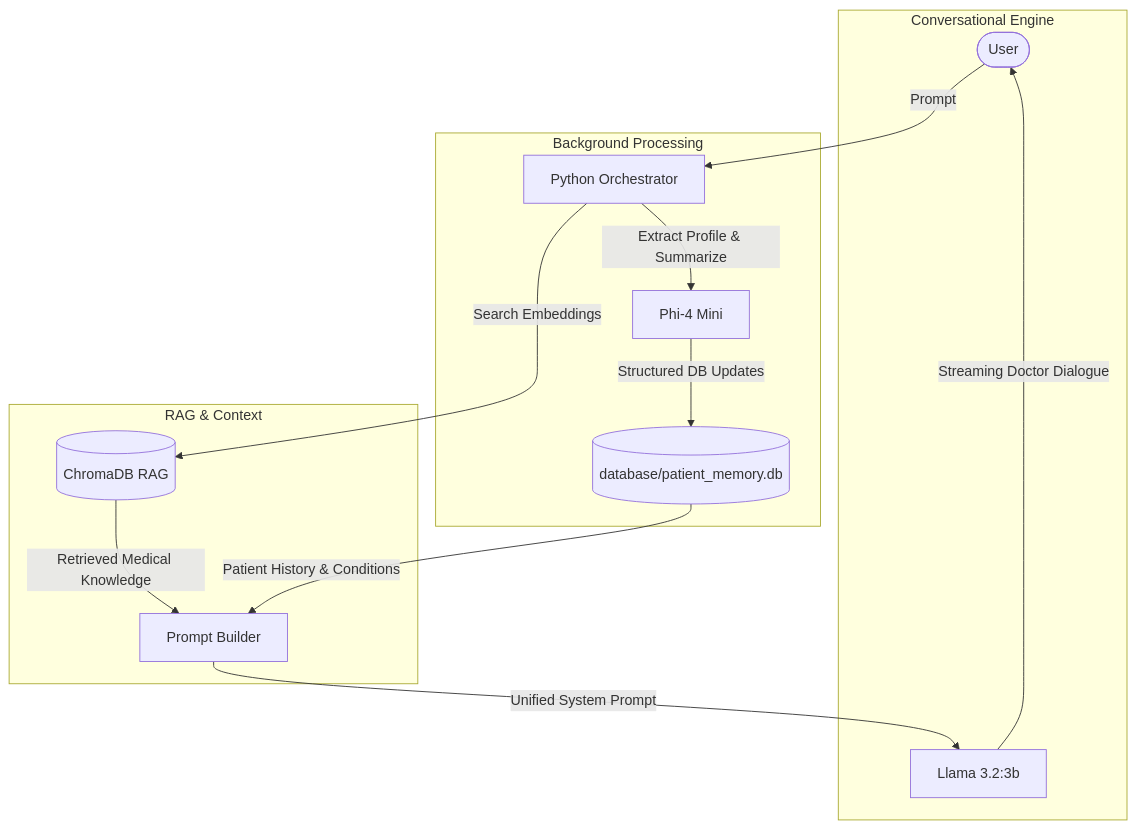
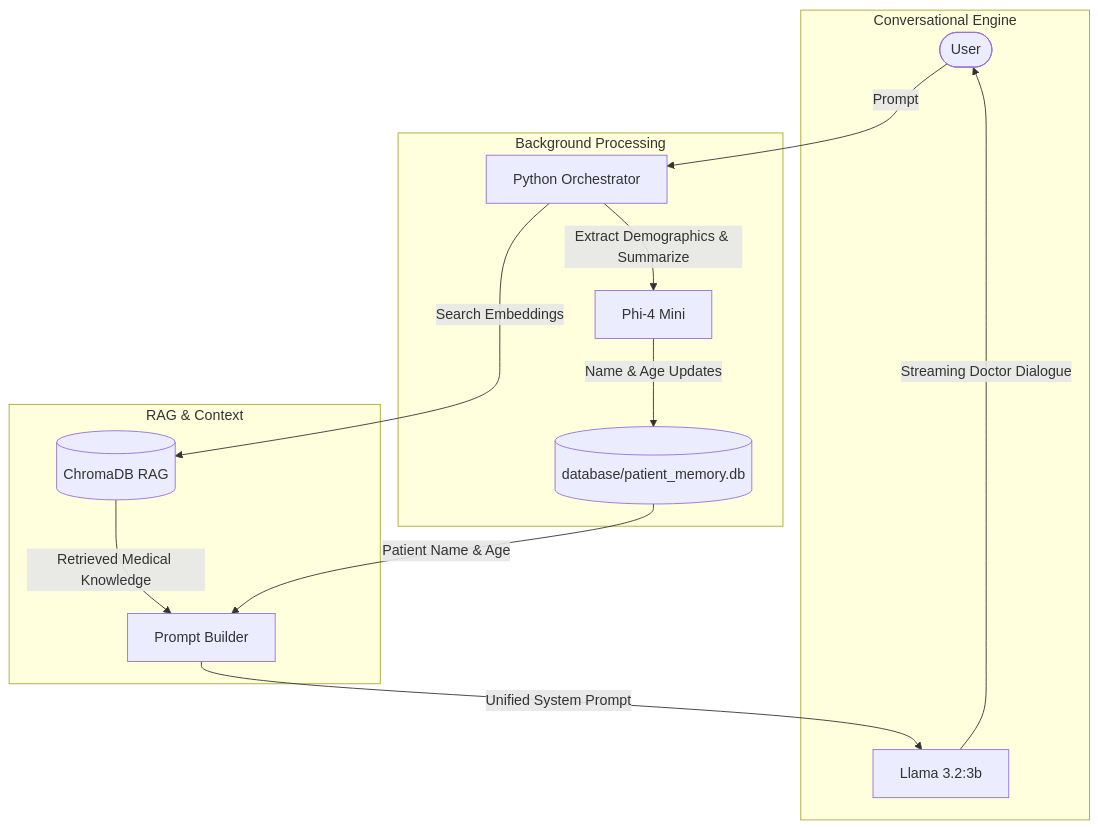
Before and after one commit to TheProgrammer400/LLM-RAG: the diagram in model_roles.md, drawn with Mermaid. The commit also changed other lines of this file and 15 other files, not shown here.

````diff
--- a/model_roles.md
+++ b/model_roles.md
@@ -11,20 +11,20 @@
 ```mermaid
 flowchart TD
     User([User]) -->|Prompt| PythonOrchestrator[Python Orchestrator]
     
     subgraph Background Processing
-        PythonOrchestrator -->|Extract Profile & Summarize| Phi4[Phi-4 Mini]
-        Phi4 -->|Structured DB Updates| Profile[(database/patient_memory.db)]
+        PythonOrchestrator -->|Extract Demographics & Summarize| Phi4[Phi-4 Mini]
+        Phi4 -->|Name & Age Updates| Profile[(database/patient_memory.db)]
     end
 
     subgraph RAG & Context
         PythonOrchestrator -->|Search Embeddings| VectorDB[(ChromaDB RAG)]
         VectorDB -->|Retrieved Medical Knowledge| PromptBuilder[Prompt Builder]
-        Profile -->|Patient History & Conditions| PromptBuilder
+        Profile -->|Patient Name & Age| PromptBuilder
     end
 
     subgraph Conversational Engine
         PromptBuilder -->|Unified System Prompt| Llama[Llama 3.2:3b]
         Llama -->|Streaming Doctor Dialogue| User
     end
 ```
````
